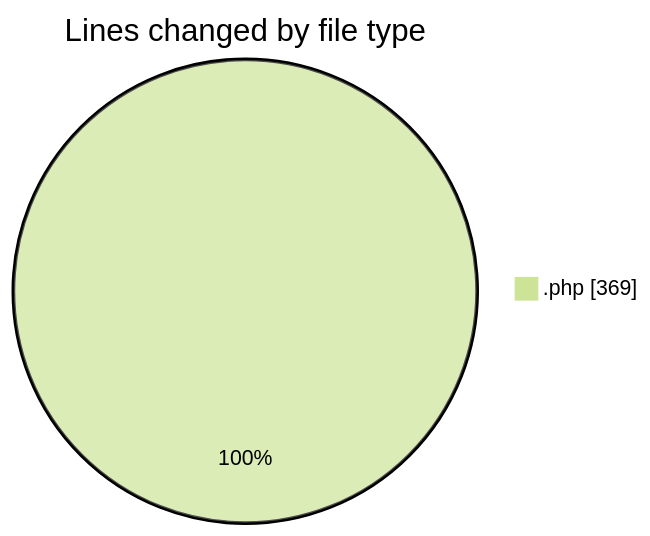
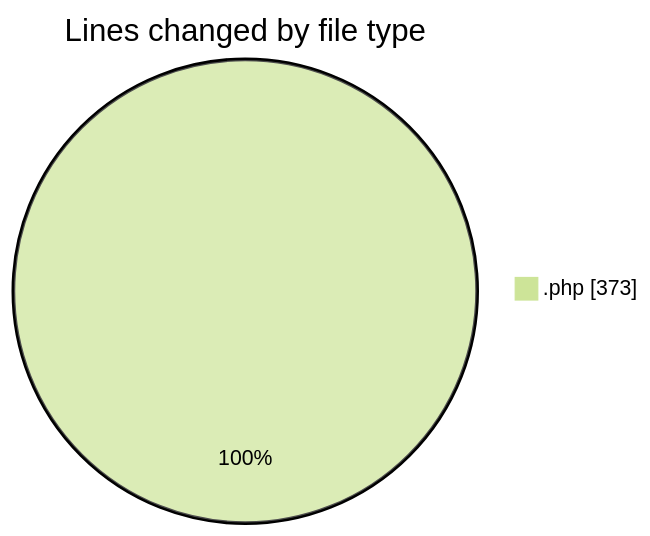
The first of 2 diagrams in 2026-09-01/web/README.md (LanceThiago/code-tracking), drawn with Mermaid (forest theme) before and after one commit. The commit also changed other lines of this file and 1 other file, not shown here.

````diff
--- a/2026-09-01/web/README.md
+++ b/2026-09-01/web/README.md
@@ -24,5 +24,5 @@
 ```mermaid
 pie showData
 title Lines changed by file type
-".php" : 369
+".php" : 373
 ```
````
